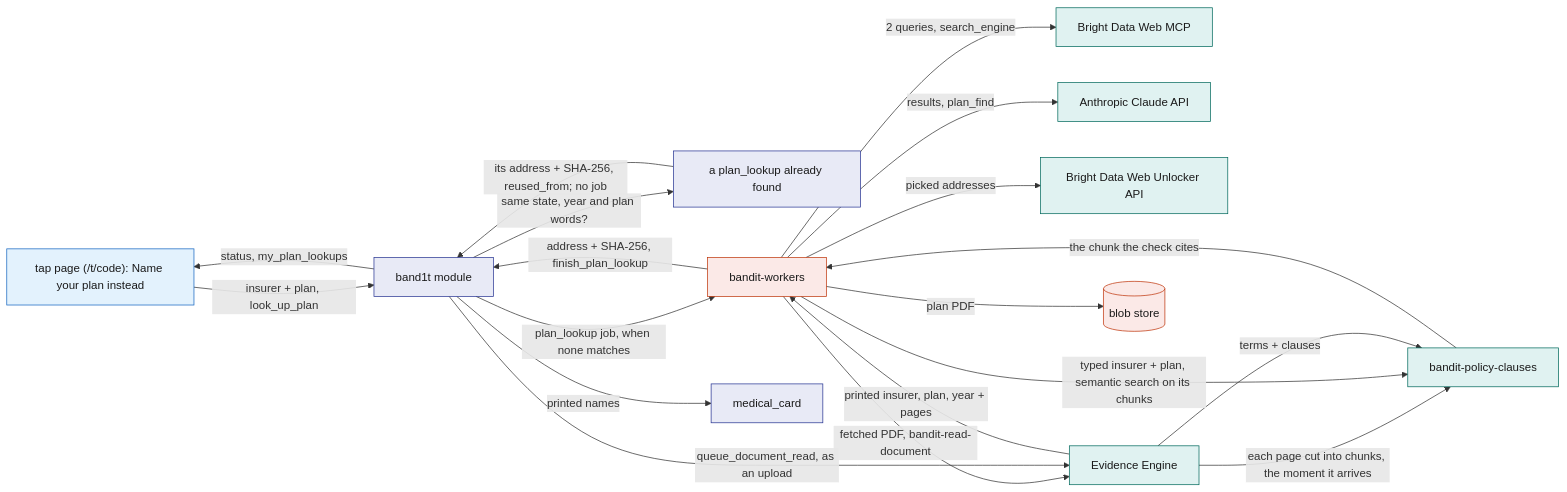
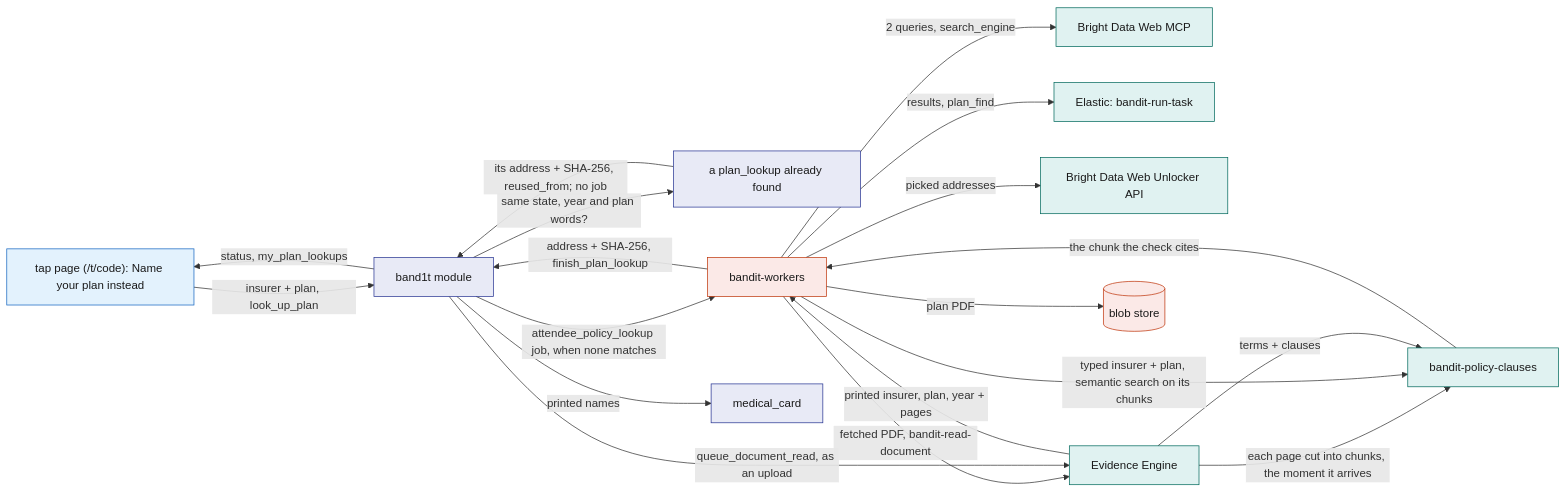
The fifth of 8 diagrams in System Design/7-integrations/Bright-Data.md (viktorinkov/cal-hacks-13), drawn with Mermaid before and after one commit. The commit also changed other lines of this file and 50 other files, not shown here.

Commit message:
run worker model tasks through Elastic

````diff
--- a/System Design/7-integrations/Bright-Data.md
+++ b/System Design/7-integrations/Bright-Data.md
@@ -296,29 +304,29 @@
 ```mermaid
 flowchart LR
   TAP["tap page (/t/code): Name your plan instead"] -->|"insurer + plan, look_up_plan"| MOD["band1t module"]
   MOD -->|"same state, year and plan words?"| PREV["a plan_lookup already found"]
   PREV -->|"its address + SHA-256, reused_from; no job"| MOD
-  MOD -->|"plan_lookup job, when none matches"| W["bandit-workers"]
+  MOD -->|"attendee_policy_lookup job, when none matches"| W["bandit-workers"]
   W -->|"2 queries, search_engine"| MCP["Bright Data Web MCP"]
-  W -->|"results, plan_find"| CL["Anthropic Claude API"]
+  W -->|"results, plan_find"| EL["Elastic: bandit-run-task"]
   W -->|"picked addresses"| WU["Bright Data Web Unlocker API"]
   W -->|"fetched PDF, bandit-read-document"| EE["Evidence Engine"]
   EE -->|"each page cut into chunks, the moment it arrives"| CLS
   EE -->|"printed insurer, plan, year + pages"| W
   W -->|"typed insurer + plan, semantic search on its chunks"| CLS
   CLS -->|"the chunk the check cites"| W
   W -->|"plan PDF"| BLOB[("blob store")]
   W -->|"address + SHA-256, finish_plan_lookup"| MOD
   MOD -->|"printed names"| POL["medical_card"]
   MOD -->|"queue_document_read, as an upload"| EE["Evidence Engine"]
   EE -->|"terms + clauses"| CLS["bandit-policy-clauses"]
   MOD -->|"status, my_plan_lookups"| TAP
   classDef ext fill:#E0F2F1,stroke:#00695C,color:#1A1A1A
   classDef web fill:#E3F2FD,stroke:#1565C0,color:#1A1A1A
   classDef stdb fill:#E8EAF6,stroke:#283593,color:#1A1A1A
   classDef rust fill:#FBE9E7,stroke:#BF360C,color:#1A1A1A
-  class MCP,CL,WU,EE,CLS ext
+  class MCP,EL,WU,EE,CLS ext
   class TAP web
   class MOD,POL,PREV stdb
   class W,BLOB rust
 ```
````
